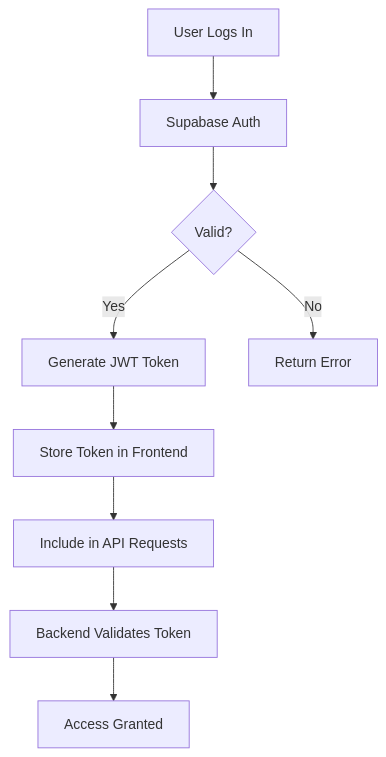
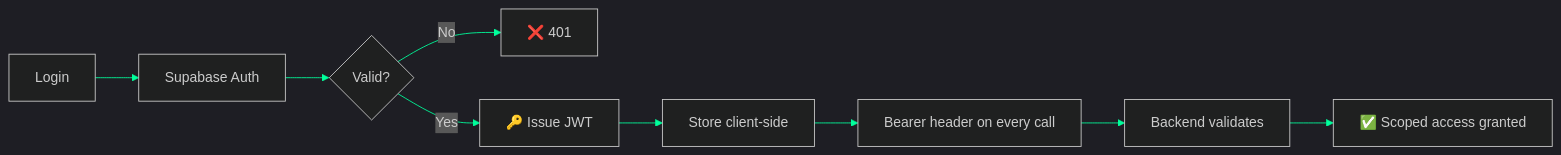
The fourth of 4 diagrams in README.md (fasih245/Vision-Fleet-AI), drawn with Mermaid before and after one commit. The commit also changed other lines of this file, not shown here.

````diff
--- a/README.md
+++ b/README.md
@@ -412,11 +212,12 @@
 ```mermaid
-graph TD
-    A[User Logs In] --> B[Supabase Auth]
-    B --> C{Valid?}
-    C -->|Yes| D[Generate JWT Token]
-    C -->|No| E[Return Error]
-    D --> F[Store Token in Frontend]
-    F --> G[Include in API Requests]
-    G --> H[Backend Validates Token]
-    H --> I[Access Granted]
+%%{init: {'theme':'dark','themeVariables':{'primaryColor':'#0D1117','primaryTextColor':'#00FF9C','primaryBorderColor':'#00FF9C','lineColor':'#00FF9C','fontFamily':'JetBrains Mono, monospace'}}}%%
+graph LR
+    A["Login"] --> B["Supabase Auth"]
+    B --> C{"Valid?"}
+    C -->|No| E["❌ 401"]
+    C -->|Yes| D["🔑 Issue JWT"]
+    D --> F["Store client-side"]
+    F --> G["Bearer header on every call"]
+    G --> H["Backend validates"]
+    H --> I["✅ Scoped access granted"]
 ```
````
